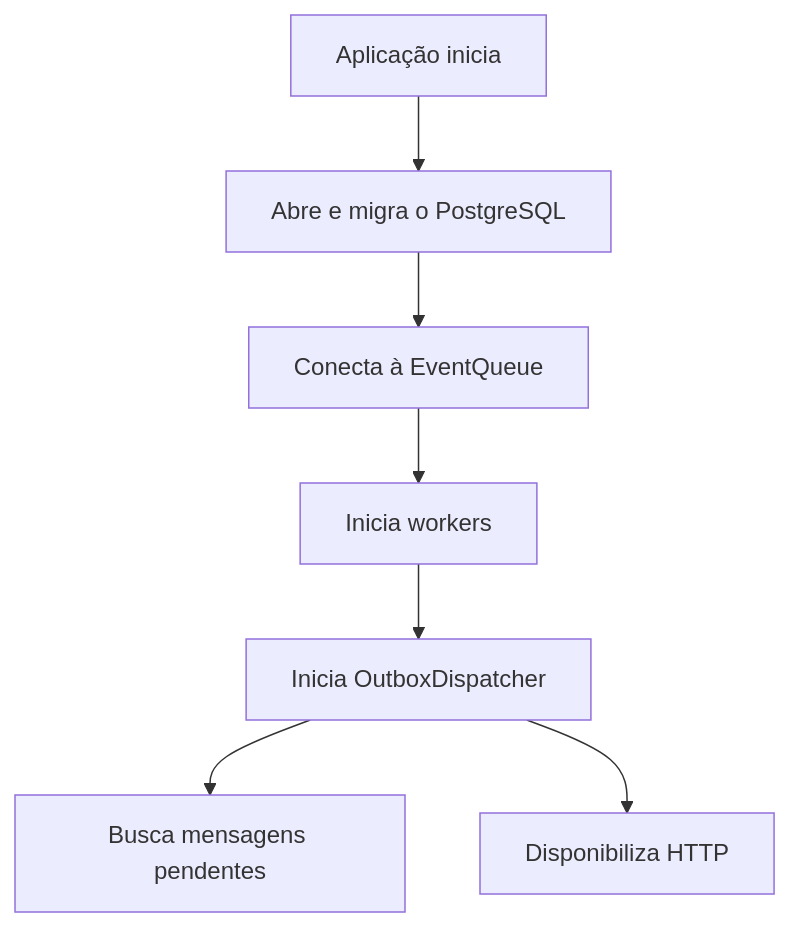
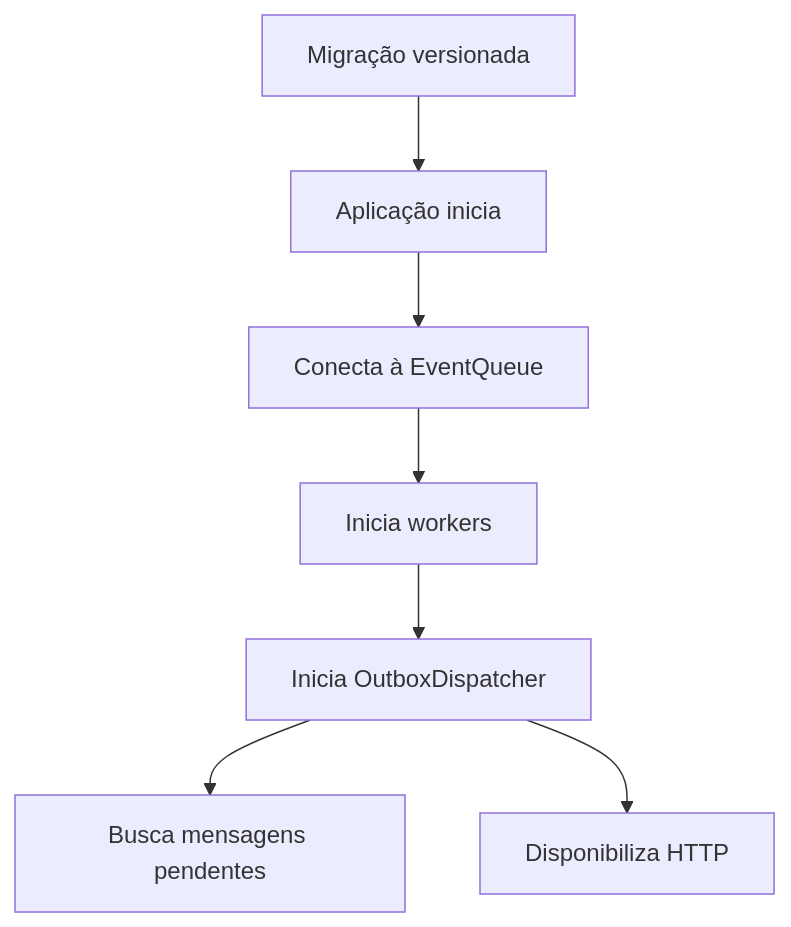
Before and after one commit to rafamguedes/go-webhook-processor: the second of 3 diagrams in docs/architecture.md, drawn with Mermaid. The commit also changed other lines of this file and 13 other files, not shown here.

Commit message:
feat: implement database migration system with PostgreSQL support

````diff
--- a/docs/architecture.md
+++ b/docs/architecture.md
@@ -54,14 +54,14 @@
 ```mermaid
 flowchart TD
+    migration[Migração versionada]
     start[Aplicação inicia]
-    migrate[Abre e migra o PostgreSQL]
     queue[Conecta à EventQueue]
     workers[Inicia workers]
     dispatcher[Inicia OutboxDispatcher]
     pending[Busca mensagens pendentes]
     server[Disponibiliza HTTP]
 
-    start --> migrate --> queue --> workers --> dispatcher
+    migration --> start --> queue --> workers --> dispatcher
     dispatcher --> pending
     dispatcher --> server
 ```
````
